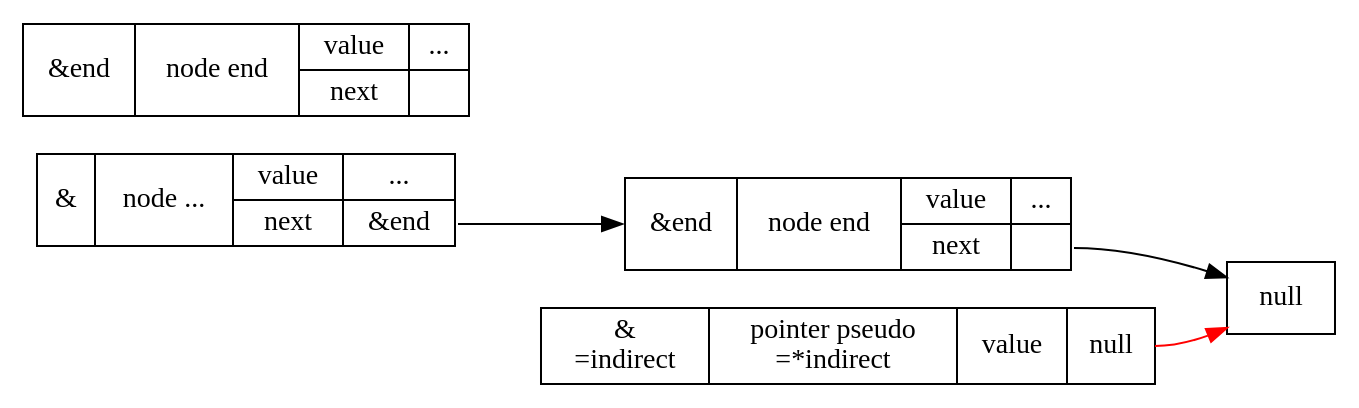
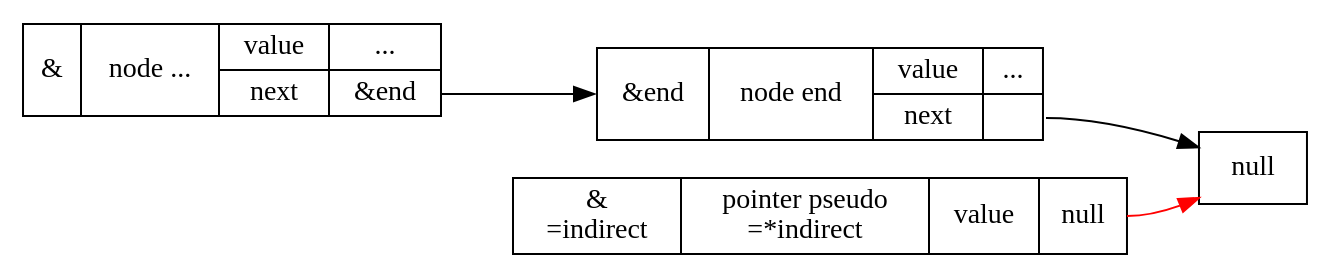
One commit to MingRuey/Guts_2020Fall changed the fourth of 5 diagrams in Week1/2020q3.md. Above: the diagram before and after it, drawn with Graphviz.

Commit message:
Fix graphiz in add_entry

````diff
--- a/Week1/2020q3.md
+++ b/Week1/2020q3.md
@@ -66,14 +66,13 @@
 ```graphviz
 digraph endgame{
     rankdir=LR;
     node [shape=record];
     last [label="{<address>&|node ...|{value|next}|{...|<ref>&end}}"];
     end [label="{<address>&end|node end|{value|next}|{...|<ref>}}"];
-    b [label="{<address>&end|node end|{value|next}|{...|<ref>}}"];
     null [label="{null}"];
     last:ref -> end:address [color=black];
     end:ref -> null:address [color=black];
     p [label="{&\n=indirect|pointer pseudo\n=*indirect|{value}|<to>null}"];
     p:to -> null [color=red];
 }
 ```
````
